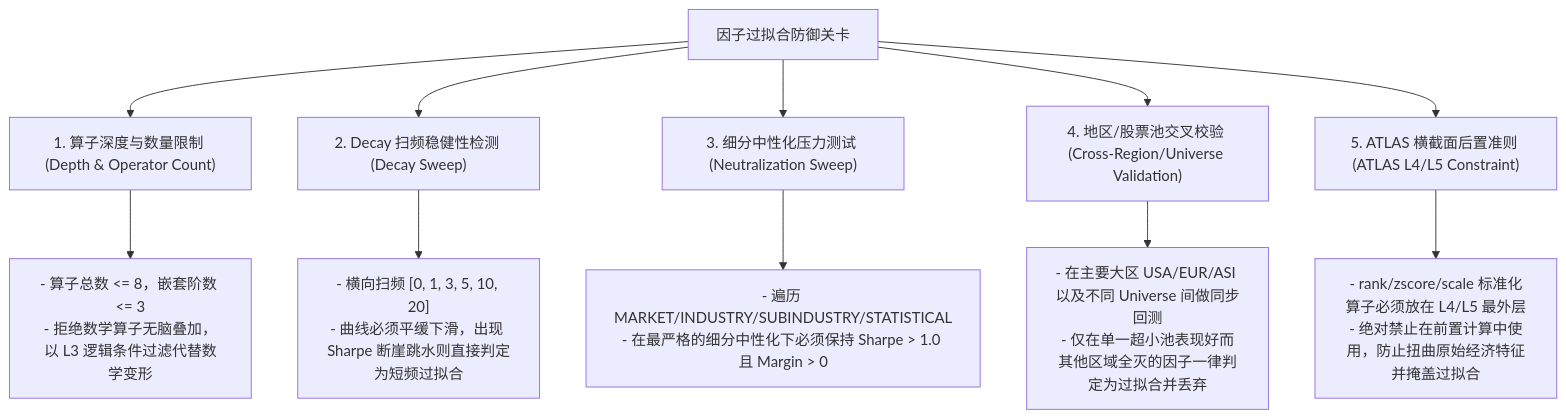
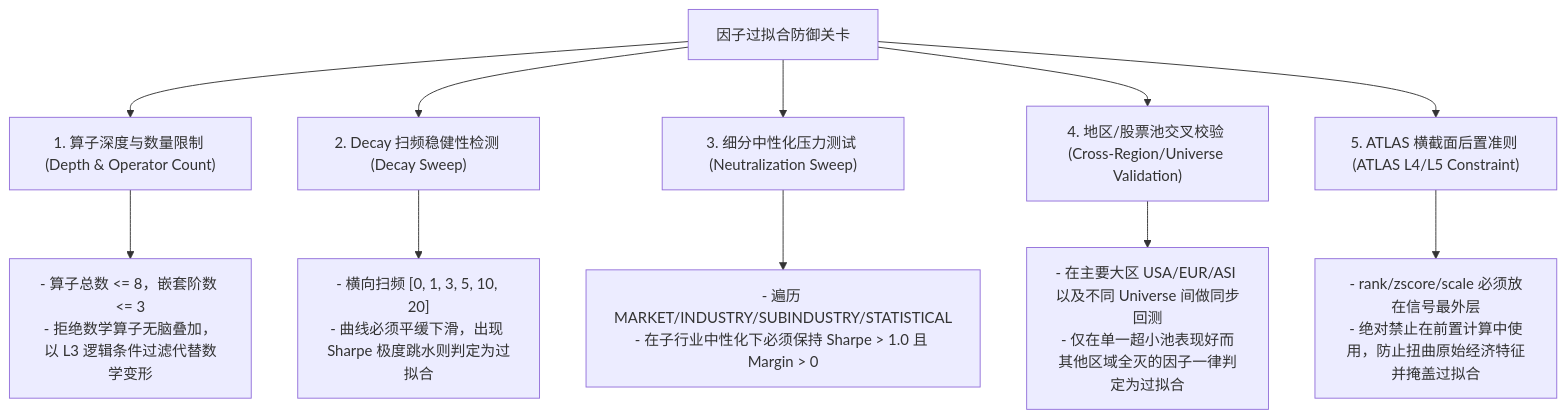
Before and after one commit to LuckDogGuan/WQ-Consultant: the third of 4 diagrams in doc/reference/alpha_assessment_and_grading.md, drawn with Mermaid. The commit also changed other lines of this file and 5 other files, not shown here.

````diff
--- a/doc/reference/alpha_assessment_and_grading.md
+++ b/doc/reference/alpha_assessment_and_grading.md
@@ -137,14 +137,14 @@
 ```mermaid
 graph TD
     A[因子过拟合防御关卡] --> B["1. 算子深度与数量限制 (Depth & Operator Count)"]
     A --> C["2. Decay 扫频稳健性检测 (Decay Sweep)"]
     A --> D["3. 细分中性化压力测试 (Neutralization Sweep)"]
     A --> E["4. 地区/股票池交叉校验 (Cross-Region/Universe Validation)"]
     A --> F["5. ATLAS 横截面后置准则 (ATLAS L4/L5 Constraint)"]
 
     B --> B1["- 算子总数 <= 8，嵌套阶数 <= 3<br/>- 拒绝数学算子无脑叠加，以 L3 逻辑条件过滤代替数学变形"]
-    C --> C1["- 横向扫频 [0, 1, 3, 5, 10, 20]<br/>- 曲线必须平缓下滑，出现 Sharpe 断崖跳水则直接判定为短频过拟合"]
-    D --> D1["- 遍历 MARKET/INDUSTRY/SUBINDUSTRY/STATISTICAL<br/>- 在最严格的细分中性化下必须保持 Sharpe > 1.0 且 Margin > 0"]
-    E --> E1["- 在主要大区 USA/EUR/ASI 以及不同 Universe 间做同步回测<br/>- 仅在单一超小池表现好而其他区域全灭的因子一律判定为过拟合并丢弃"]
-    F --> F1["- rank/zscore/scale 标准化算子必须放在 L4/L5 最外层<br/>- 绝对禁止在前置计算中使用，防止扭曲原始经济特征并掩盖过拟合"]
+    C --> C1["- 横向扫频 [0, 1, 3, 5, 10, 20]<br/>- 曲线必须平缓下滑，出现 Sharpe 极度跳水则判定为过拟合"]
+    D --> D1["- 遍历 MARKET/INDUSTRY/SUBINDUSTRY/STATISTICAL<br/>- 在子行业中性化下必须保持 Sharpe > 1.0 且 Margin > 0"]
+    E --> E1["- 在主要大区 USA/EUR/ASI 以及不同 Universe 间做同步回测<br/>- 仅在单一超小池表现好而其他区域全灭的因子一律判定为过拟合"]
+    F --> F1["- rank/zscore/scale 必须放在信号最外层<br/>- 绝对禁止在前置计算中使用，防止扭曲原始经济特征并掩盖过拟合"]
 ```
````
